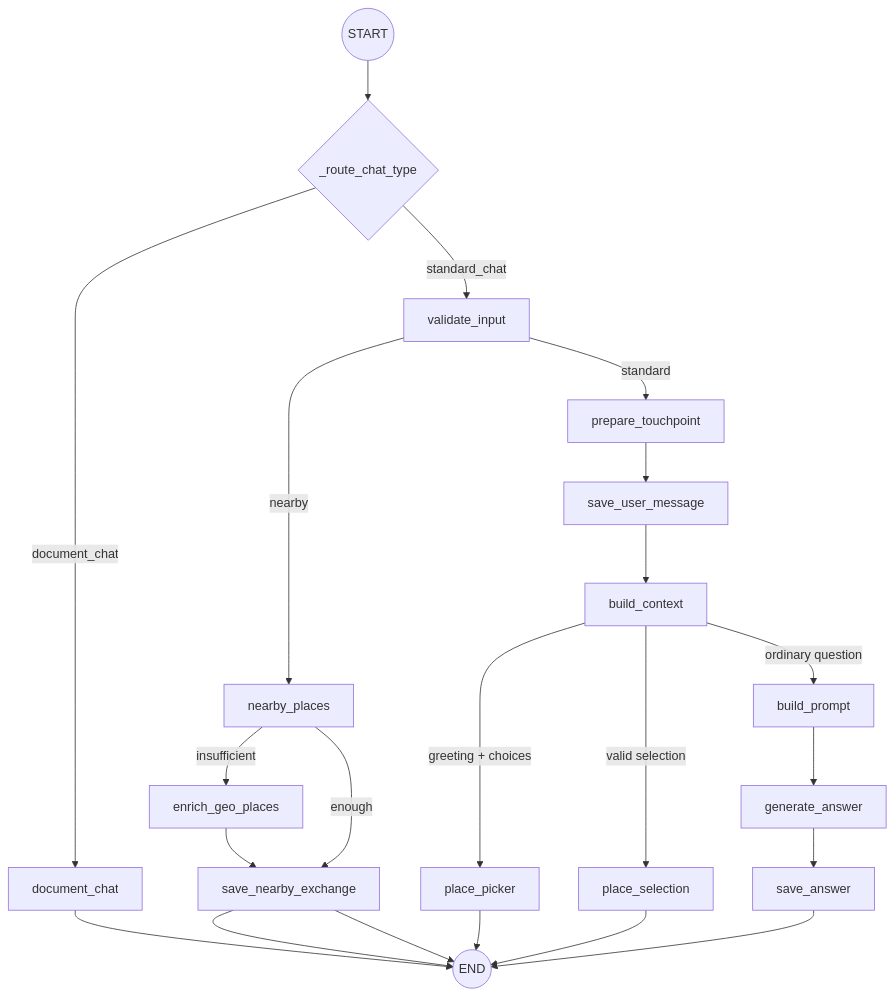
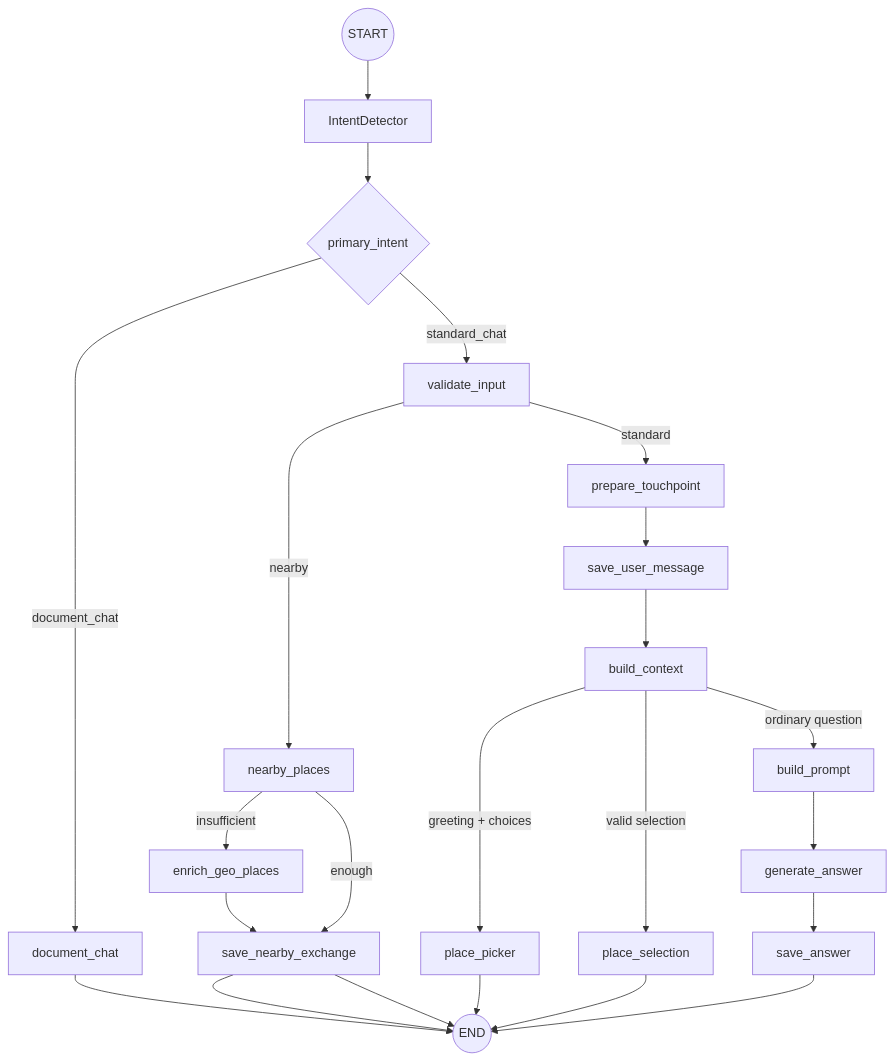
One commit to trieu/leo-bot changed the sixth of 11 diagrams in docs/leo-bot-architecture-and-agentic-software-development.md. Above: the diagram before and after it, drawn with Mermaid. The commit also changed other lines of this file and 29 other files, not shown here.

````diff
--- a/docs/leo-bot-architecture-and-agentic-software-development.md
+++ b/docs/leo-bot-architecture-and-agentic-software-development.md
@@ -286,31 +320,32 @@
 ```mermaid
 flowchart TD
     Start((START))
-    Type{"_route_chat_type"}
+    Detect["IntentDetector"]
+    Type{"primary_intent"}
     Doc["document_chat"]
     Validate["validate_input"]
     Nearby["nearby_places"]
     Enrich["enrich_geo_places"]
     SaveNearby["save_nearby_exchange"]
     Touch["prepare_touchpoint"]
     SaveUser["save_user_message"]
     Context["build_context"]
     Picker["place_picker"]
     Select["place_selection"]
     Prompt["build_prompt"]
     Generate["generate_answer"]
     SaveAnswer["save_answer"]
     End((END))
 
-    Start --> Type
+    Start --> Detect --> Type
     Type -- document_chat --> Doc --> End
     Type -- standard_chat --> Validate
     Validate -- nearby --> Nearby
     Validate -- standard --> Touch
     Nearby -- insufficient --> Enrich --> SaveNearby --> End
     Nearby -- enough --> SaveNearby --> End
     Touch --> SaveUser --> Context
     Context -- greeting + choices --> Picker --> End
     Context -- valid selection --> Select --> End
     Context -- ordinary question --> Prompt --> Generate --> SaveAnswer --> End
 ```
````
